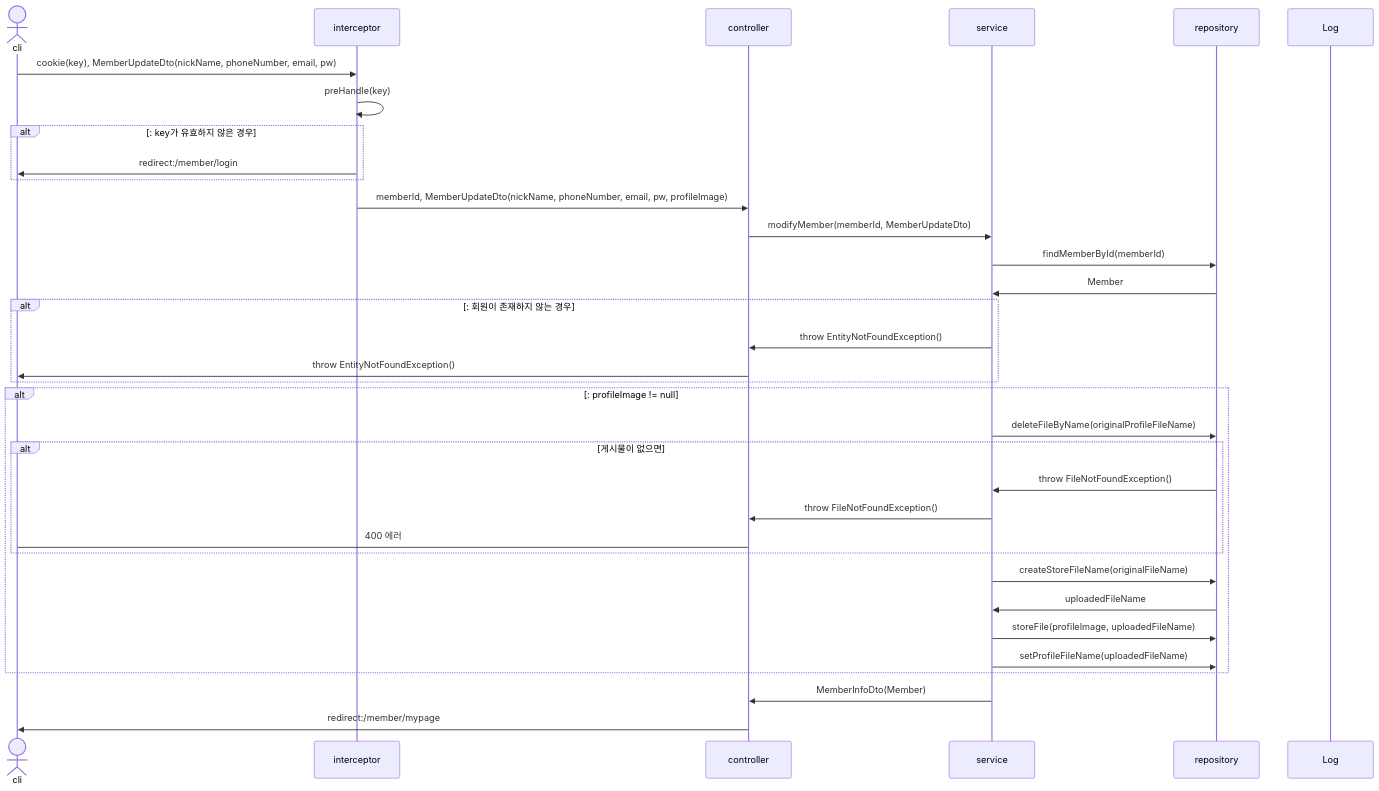
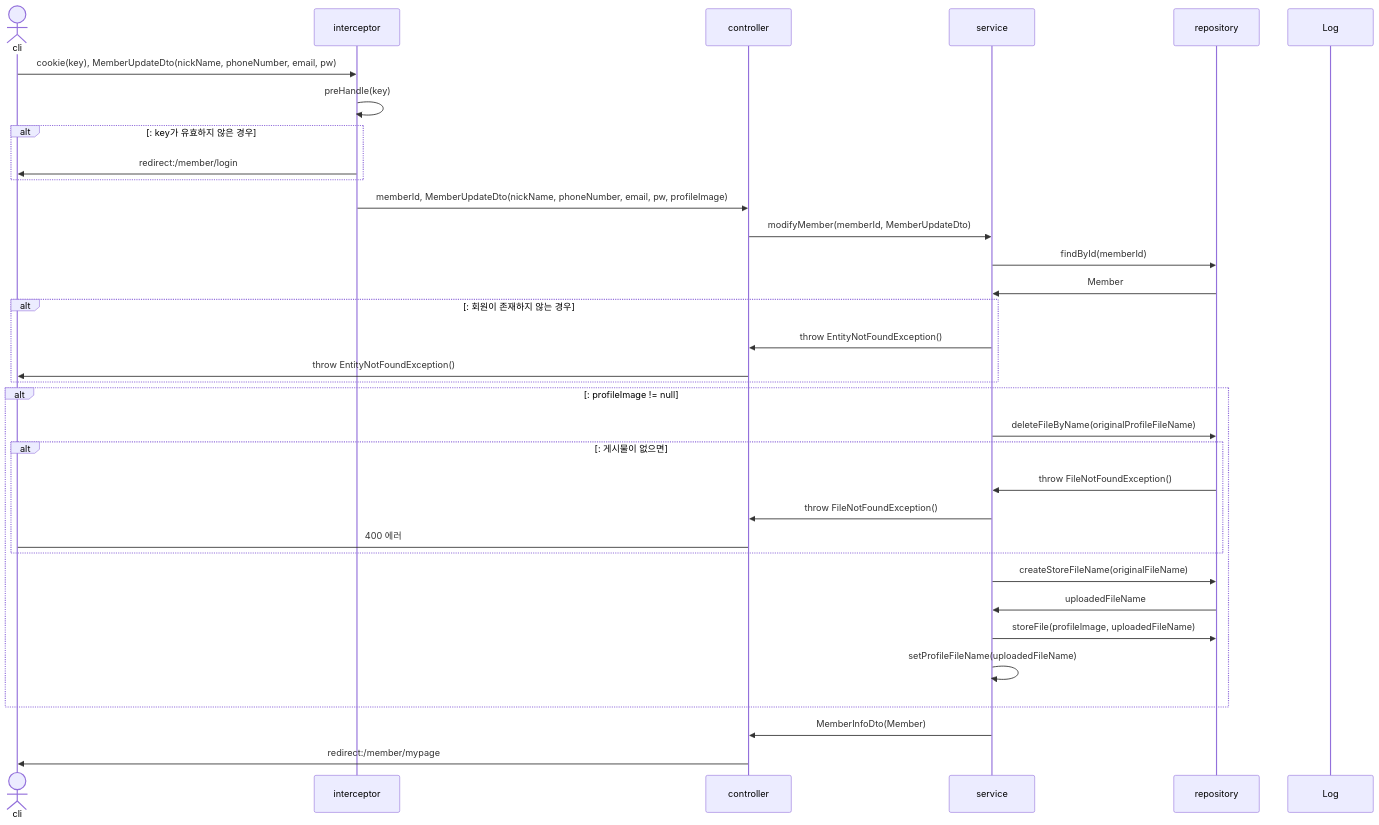
Before and after one commit to mtak0235/snsX: diagram 13 of 37 in sequence.md, drawn with Mermaid. The commit also changed other lines of this file and 5 other files, not shown here.

````diff
--- a/sequence.md
+++ b/sequence.md
@@ -362,37 +327,37 @@
 ```mermaid
 sequenceDiagram
 actor cli
 participant i as interceptor
 participant c as controller
 participant s as service
 participant r as repository
 participant l as Log
 
 cli->>i: cookie(key), MemberUpdateDto(nickName, phoneNumber, email, pw)
 i->>i: preHandle(key)
 alt: key가 유효하지 않은 경우
 i->>cli: redirect:/member/login
 end
 i->>c: memberId, MemberUpdateDto(nickName, phoneNumber, email, pw, profileImage)
 c->>s: modifyMember(memberId, MemberUpdateDto)
-s->>r: findMemberById(memberId)
+s->>r: findById(memberId)
 r->>s: Member
 alt: 회원이 존재하지 않는 경우
 s->>c: throw EntityNotFoundException()
 c->>cli: throw EntityNotFoundException()
 end
 alt: profileImage != null
 s->>r:deleteFileByName(originalProfileFileName)
- alt 게시물이 없으면
+alt: 게시물이 없으면
 r->>s: throw FileNotFoundException()
 s->>c: throw FileNotFoundException()
 c->cli: 400 에러
 end
 s->>r: createStoreFileName(originalFileName)
 r->>s: uploadedFileName
-s->>r:storeFile(profileImage, uploadedFileName)
-s->>r: setProfileFileName(uploadedFileName)
+s->>r: storeFile(profileImage, uploadedFileName)
+s->>s: setProfileFileName(uploadedFileName)
 end 
 s->>c: MemberInfoDto(Member)
 c->>cli: redirect:/member/mypage
 ```
````
